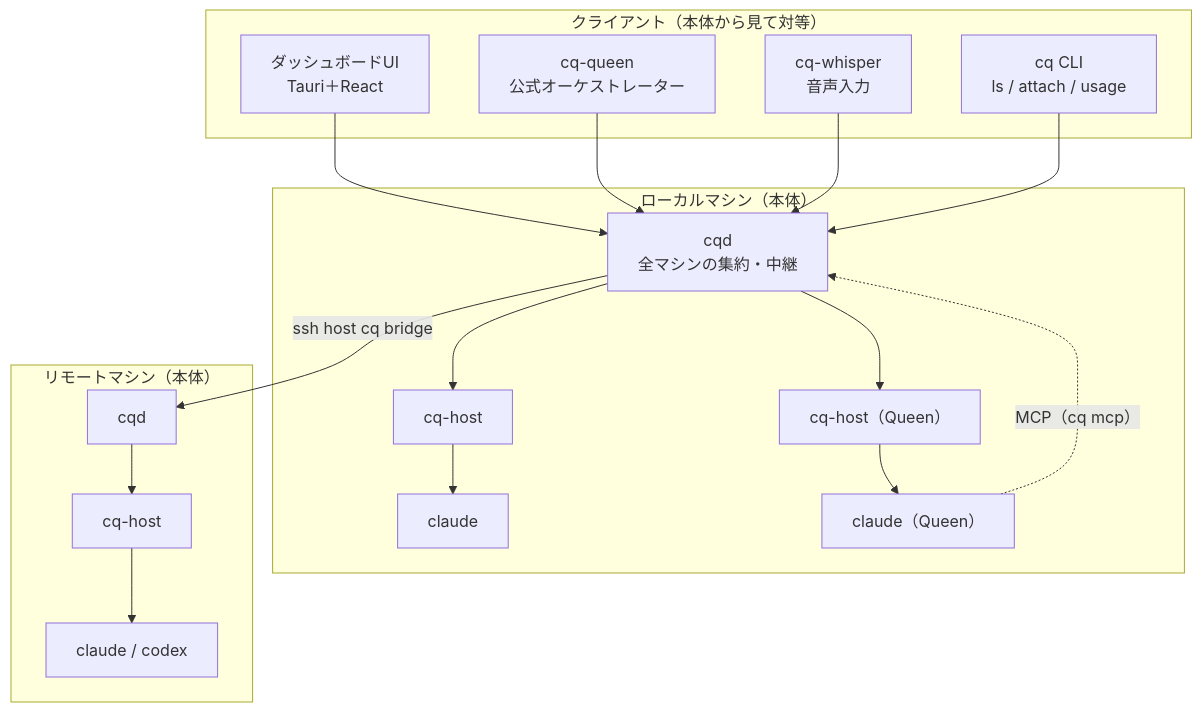
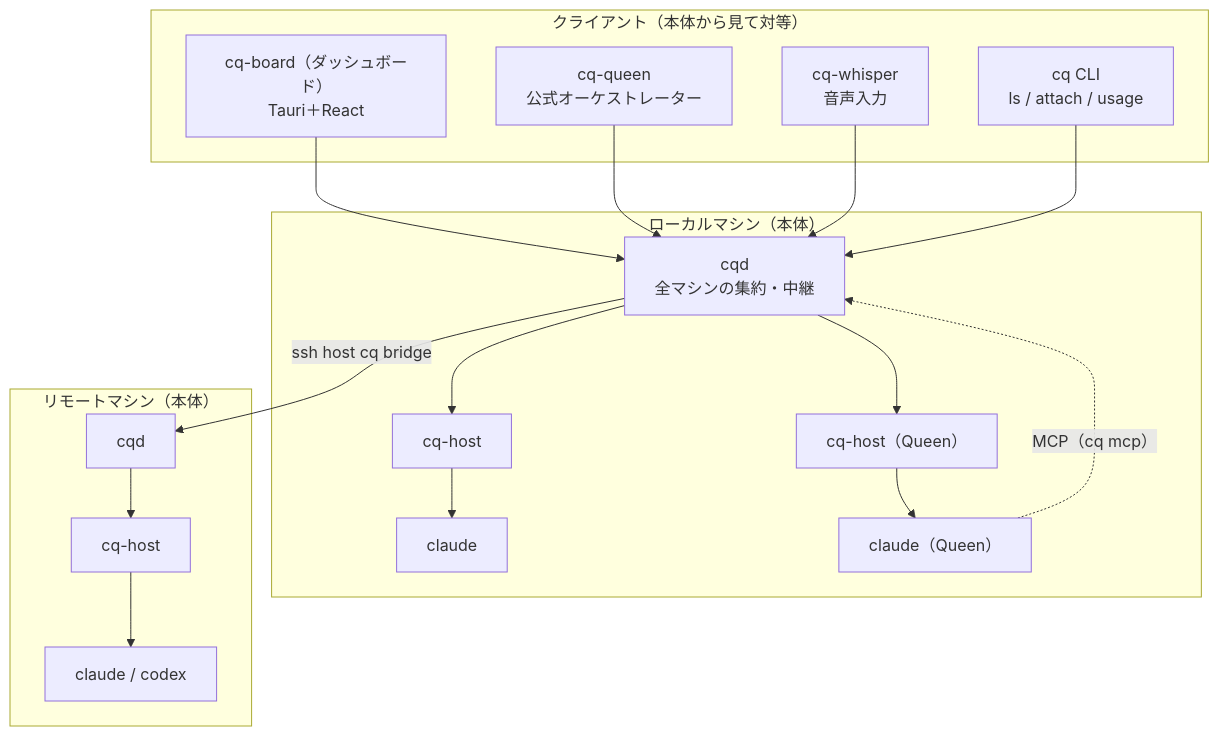
One commit to okenakt/code-quilt changed the first of 3 diagrams in docs/design.md. Above: the diagram before and after it, drawn with Mermaid. The commit also changed other lines of this file and 52 other files, not shown here.

````diff
--- a/docs/design.md
+++ b/docs/design.md
@@ -46,21 +46,21 @@
 ```mermaid
 flowchart TB
   subgraph Clients["クライアント（本体から見て対等）"]
-    UI["ダッシュボードUI<br/>Tauri＋React"]
+    UI["cq-board（ダッシュボード）<br/>Tauri＋React"]
     Queen["cq-queen<br/>公式オーケストレーター"]
     Whisper["cq-whisper<br/>音声入力"]
     CLI["cq CLI<br/>ls / attach / usage"]
   end
   subgraph Local["ローカルマシン（本体）"]
     CQD["cqd<br/>全マシンの集約・中継"]
     H1["cq-host"] --> A1["claude"]
     QH["cq-host（Queen）"] --> QA["claude（Queen）"]
   end
   subgraph Remote["リモートマシン（本体）"]
     RCQD["cqd"] --> H2["cq-host"] --> A2["claude / codex"]
   end
   UI & Queen & Whisper & CLI --> CQD
   CQD --> H1 & QH
   CQD -- "ssh host cq bridge" --> RCQD
   QA -. "MCP（cq mcp）" .-> CQD
 ```
````
